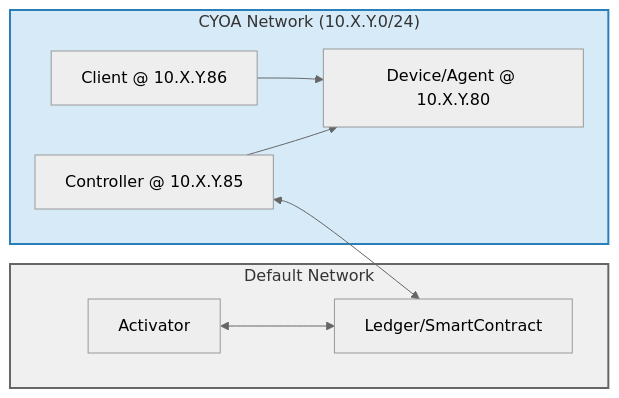
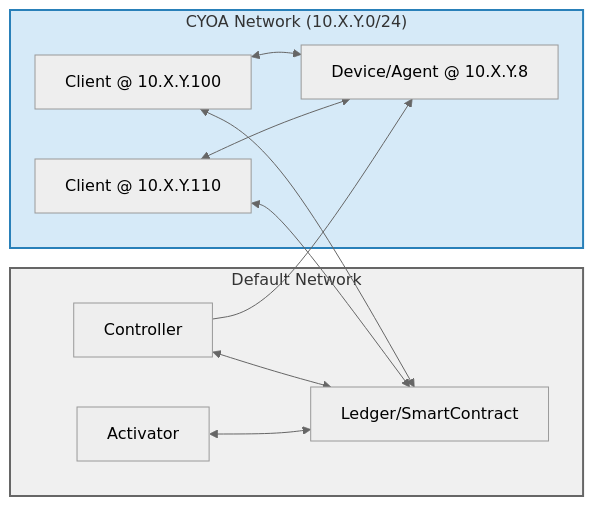
One commit to malbeclabs/doublezero changed the diagram in e2e/README.md. Above: the diagram before and after it, drawn with Mermaid (neutral theme). The commit also changed 59 other files, not shown here.

````diff
--- a/e2e/README.md
+++ b/e2e/README.md
@@ -55,21 +55,25 @@
 ```mermaid
 graph LR
   subgraph Default_Net["Default Network"]
     Ledger["Ledger/SmartContract"]
     Activator["Activator"]
+    Controller["Controller"]
   end
 
   subgraph CYOA_Net["CYOA Network (10.X.Y.0/24)"]
-    Device["Device/Agent @ 10.X.Y.80"]
-    Client["Client @ 10.X.Y.86"]
-    Controller["Controller @ 10.X.Y.85"]
+    Device["Device/Agent @ 10.X.Y.8"]
+    Client1["Client @ 10.X.Y.100"]
+    Client2["Client @ 10.X.Y.110"]
   end
 
   Controller <--> Ledger
   Activator <--> Ledger
-  Client --> Device
+  Client1 <--> Device
+  Client1 <--> Ledger
+  Client2 <--> Device
+  Client2 <--> Ledger
   Controller --> Device
 
   style Default_Net fill:#f0f0f0,stroke:#666,stroke-width:2px
   style CYOA_Net    fill:#d6eaf8,stroke:#2980b9,stroke-width:2px
 ```
````
